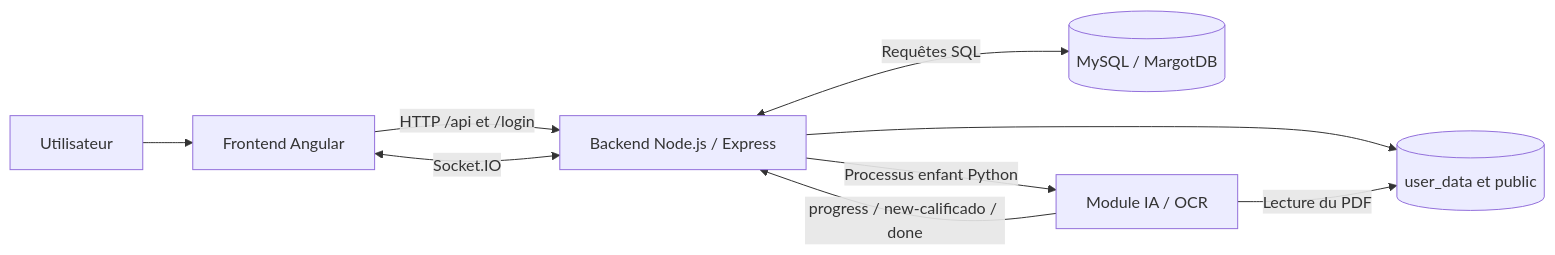
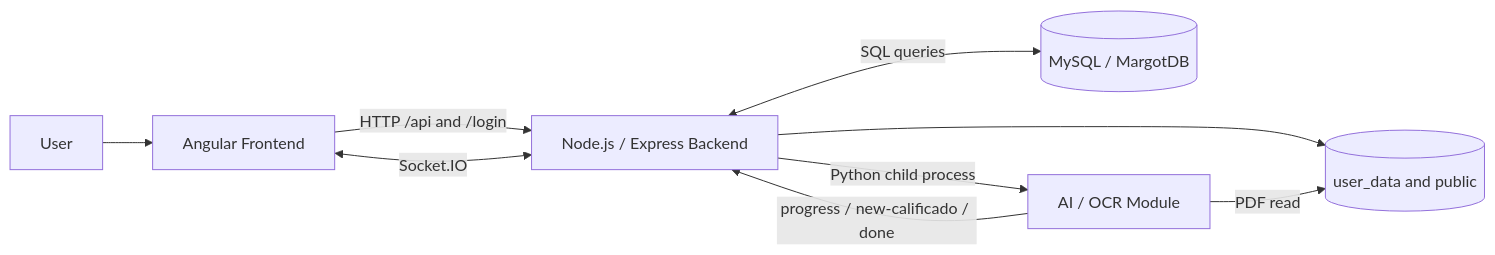
Before and after one commit to AriouichHamza/Madrina_Valencia_UPV: the diagram in README.md, drawn with Mermaid. The commit also changed other lines of this file and 26 other files, not shown here.

````diff
--- a/README.md
+++ b/README.md
@@ -39,11 +38,11 @@
 ```mermaid
 flowchart LR
-    U[Utilisateur] --> F[Frontend Angular]
-    F -->|HTTP /api et /login| B[Backend Node.js / Express]
+    U[User] --> F[Angular Frontend]
+    F -->|HTTP /api and /login| B[Node.js / Express Backend]
     F <-->|Socket.IO| B
-    B <-->|Requêtes SQL| DB[(MySQL / MargotDB)]
-    B -->|Processus enfant Python| AI[Module IA / OCR]
-    B --> FS[(user_data et public)]
-    AI -->|Lecture du PDF| FS
+    B <-->|SQL queries| DB[(MySQL / MargotDB)]
+    B -->|Python child process| AI[AI / OCR Module]
+    B --> FS[(user_data and public)]
+    AI -->|PDF read| FS
     AI -->|progress / new-calificado / done| B
 ```
````
